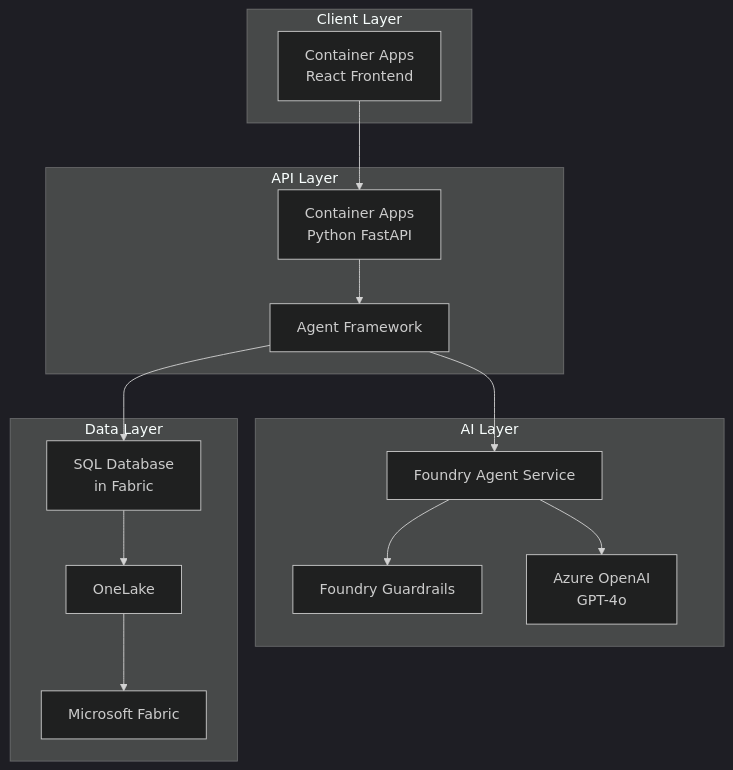
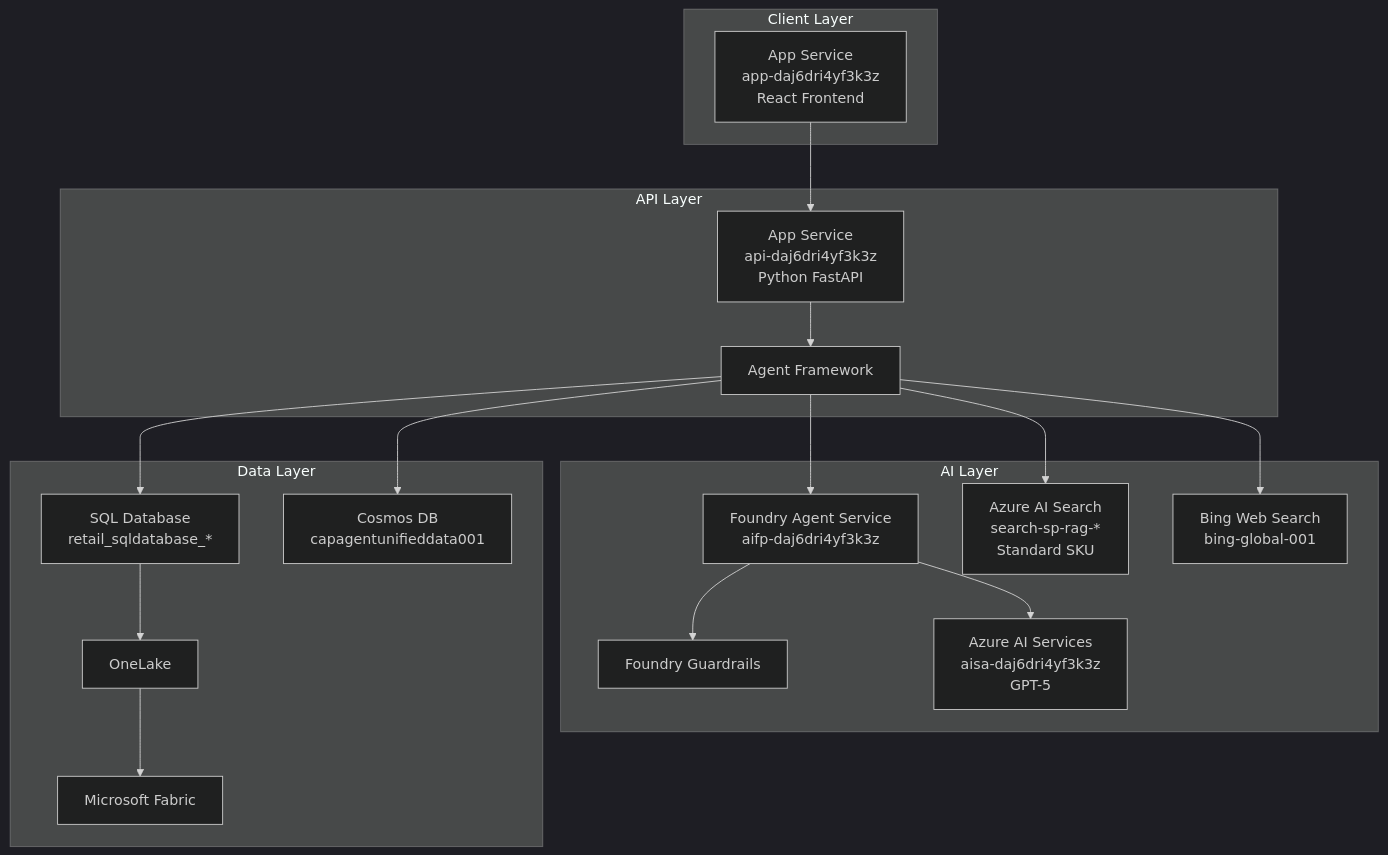
The first of 2 diagrams in ARCHITECTURE.md (naoki1213mj/fabric-foundry-agentic-starter), drawn with Mermaid (dark theme) before and after one commit. The commit also changed other lines of this file and 21 other files, not shown here.

````diff
--- a/ARCHITECTURE.md
+++ b/ARCHITECTURE.md
@@ -5,32 +23,38 @@
 ```mermaid
 graph TB
     subgraph Client["Client Layer"]
-        WEB["Container Apps<br/>React Frontend"]
+        WEB["App Service<br/>app-daj6dri4yf3k3z<br/>React Frontend"]
     end
 
     subgraph API["API Layer"]
-        ACA["Container Apps<br/>Python FastAPI"]
+        ACA["App Service<br/>api-daj6dri4yf3k3z<br/>Python FastAPI"]
         MAF["Agent Framework"]
     end
 
     subgraph AI["AI Layer"]
-        FAS["Foundry Agent Service"]
+        FAS["Foundry Agent Service<br/>aifp-daj6dri4yf3k3z"]
         FG["Foundry Guardrails"]
-        OAI["Azure OpenAI<br/>GPT-4o"]
+        OAI["Azure AI Services<br/>aisa-daj6dri4yf3k3z<br/>GPT-5"]
+        SEARCH["Azure AI Search<br/>search-sp-rag-*<br/>Standard SKU"]
+        BING["Bing Web Search<br/>bing-global-001"]
     end
 
     subgraph Data["Data Layer"]
         FABRIC["Microsoft Fabric"]
-        SQLDB["SQL Database<br/>in Fabric"]
+        SQLDB["SQL Database<br/>retail_sqldatabase_*"]
         ONELAKE["OneLake"]
+        COSMOS["Cosmos DB<br/>capagentunifieddata001"]
     end
 
     WEB --> ACA
     ACA --> MAF
     MAF --> FAS
     FAS --> FG
     FAS --> OAI
     MAF --> SQLDB
+    MAF --> SEARCH
+    MAF --> BING
+    MAF --> COSMOS
     SQLDB --> ONELAKE
     ONELAKE --> FABRIC
 ```
````
